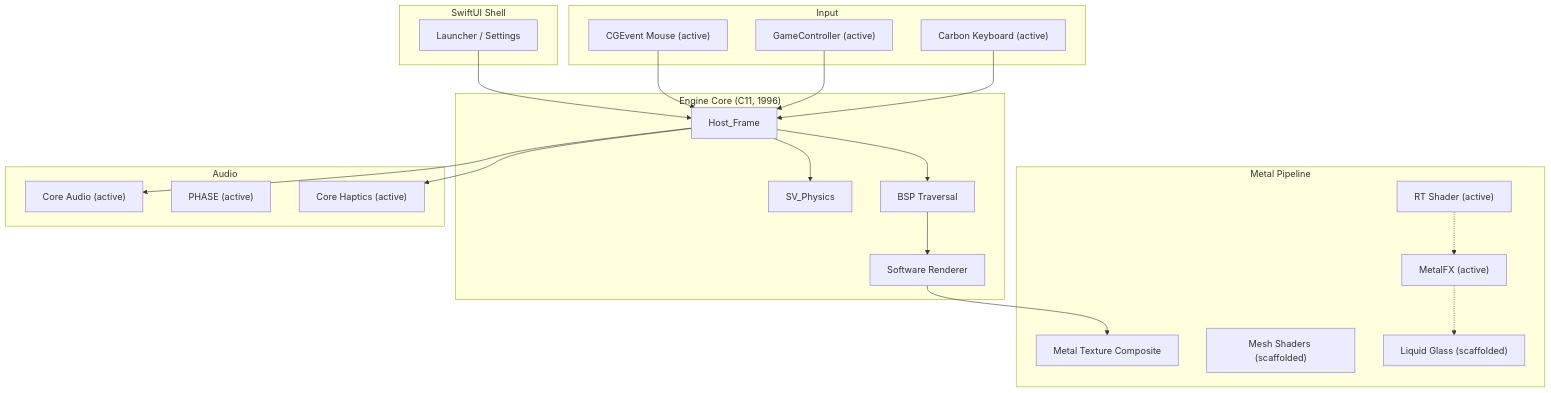
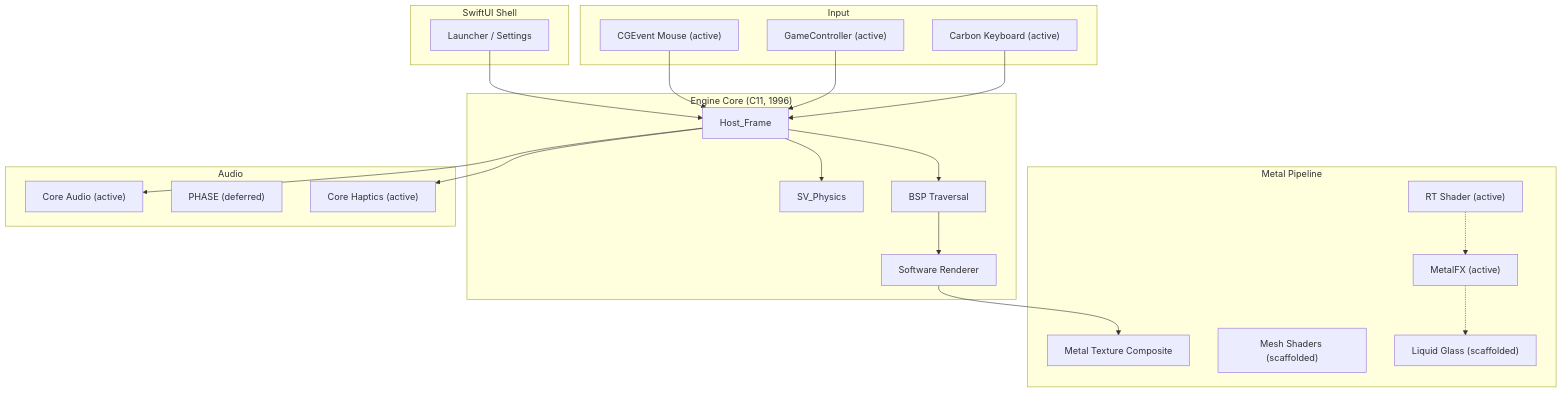
One commit to mstits/Metal-Quake changed the diagram in README.md. Above: the diagram before and after it, drawn with Mermaid. The commit also changed other lines of this file and 42 other files, not shown here.

````diff
--- a/README.md
+++ b/README.md
@@ -70,40 +70,40 @@
 ```mermaid
 graph TB
     subgraph "SwiftUI Shell"
         Launcher["Launcher / Settings"]
     end
 
     subgraph "Engine Core (C11, 1996)"
         GameLoop["Host_Frame"]
         Physics["SV_Physics"]
         BSP["BSP Traversal"]
         SoftRender["Software Renderer"]
     end
 
     subgraph "Metal Pipeline"
         Composite["Metal Texture Composite"]
         RT["RT Shader (active)"]
         MeshShader["Mesh Shaders (scaffolded)"]
         MetalFX["MetalFX (active)"]
         Glass["Liquid Glass (scaffolded)"]
     end
 
     subgraph "Audio"
         CoreAudio["Core Audio (active)"]
-        PHASE["PHASE (active)"]
+        PHASE["PHASE (deferred)"]
         Haptics["Core Haptics (active)"]
     end
 
     subgraph "Input"
         Mouse["CGEvent Mouse (active)"]
         Controller["GameController (active)"]
         Keys["Carbon Keyboard (active)"]
     end
 
     Launcher --> GameLoop
     GameLoop --> Physics & BSP
     BSP --> SoftRender --> Composite
     RT -.-> MetalFX -.-> Glass
     GameLoop --> CoreAudio & Haptics
     Mouse & Controller & Keys --> GameLoop
 ```
````
